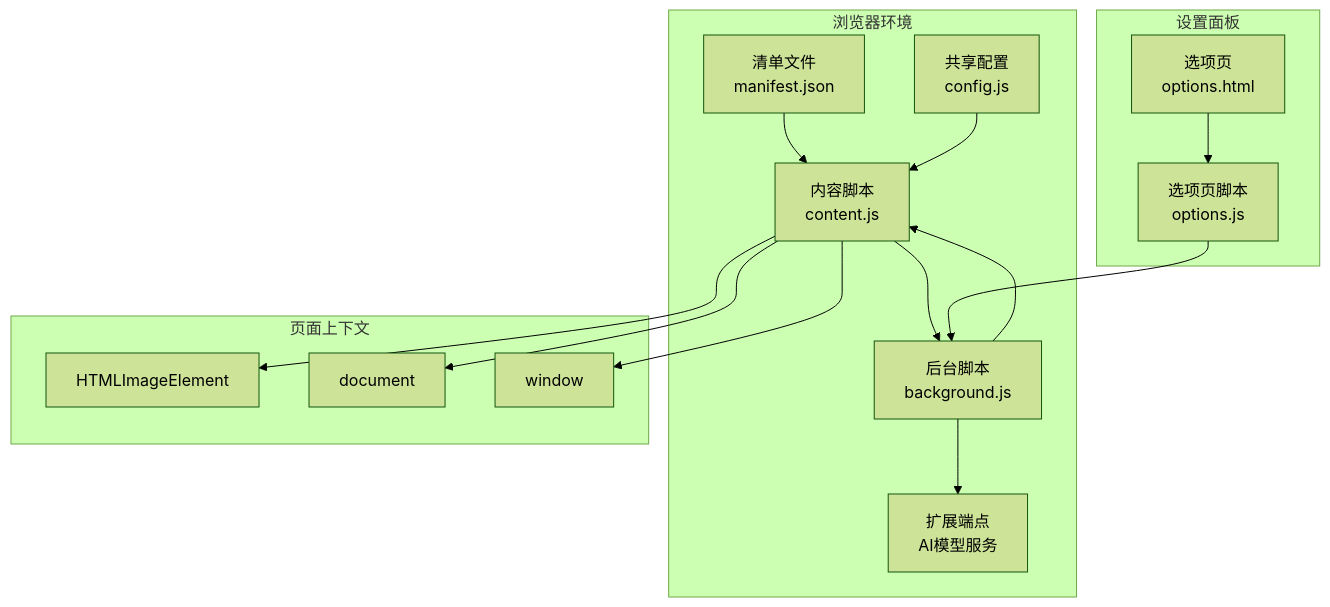
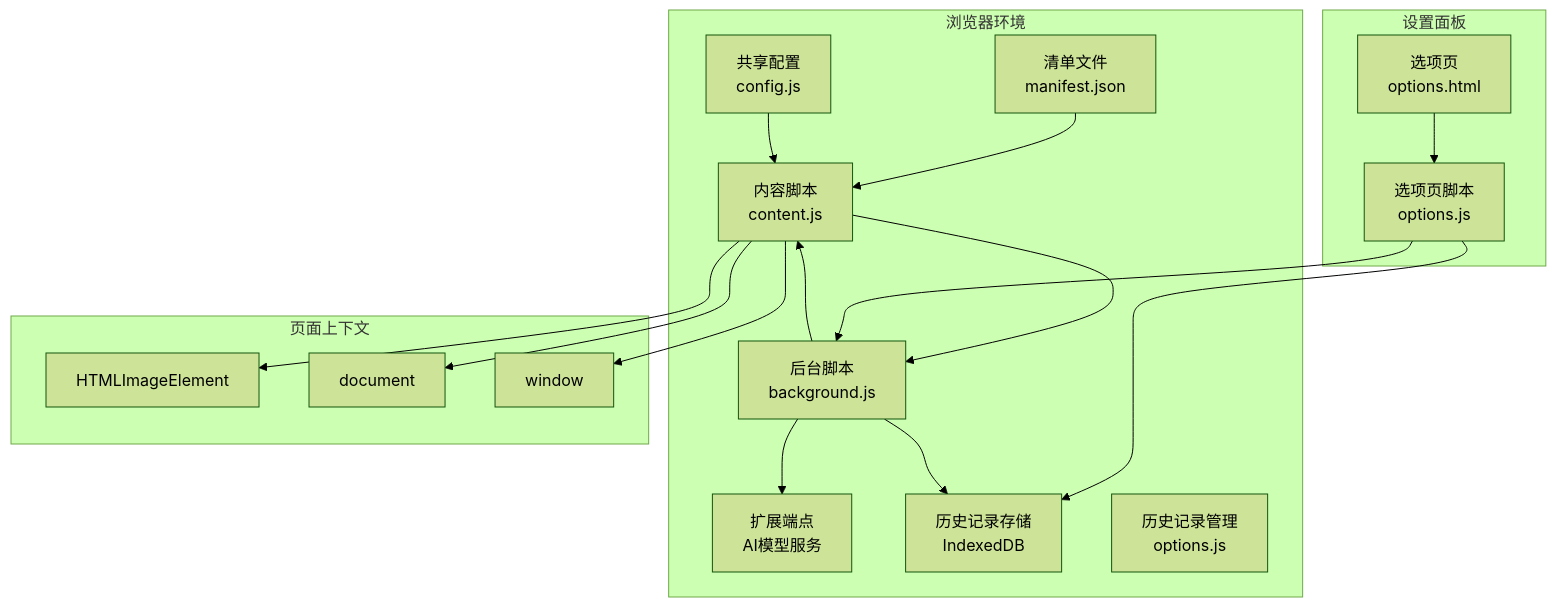
The first of 6 diagrams in .qoder/repowiki/zh/content/技术架构/核心模块分析/内容脚本模块 (content.js).md (binasi/Img2Prompt), drawn with Mermaid (forest theme) before and after one commit. The commit also changed other lines of this file and 11 other files, not shown here.

````diff
--- a/.qoder/repowiki/zh/content/技术架构/核心模块分析/内容脚本模块 (content.js).md
+++ b/.qoder/repowiki/zh/content/技术架构/核心模块分析/内容脚本模块 (content.js).md
@@ -47,29 +50,33 @@
 ```mermaid
 graph TB
 subgraph "浏览器环境"
 CS["内容脚本<br/>content.js"]
 BG["后台脚本<br/>background.js"]
 CFG["共享配置<br/>config.js"]
 MAN["清单文件<br/>manifest.json"]
 END["扩展端点<br/>AI模型服务"]
+HIST["历史记录存储<br/>IndexedDB"]
+END2["历史记录管理<br/>options.js"]
 end
 subgraph "页面上下文"
 IMG["HTMLImageElement"]
 DOC["document"]
 WIN["window"]
 end
 subgraph "设置面板"
 OPT_HTML["选项页<br/>options.html"]
 OPT_JS["选项页脚本<br/>options.js"]
 end
 MAN --> CS
 CFG --> CS
 CS --> BG
 CS --> DOC
 CS --> WIN
 CS --> IMG
 OPT_HTML --> OPT_JS
 OPT_JS --> BG
+OPT_JS --> HIST
 BG --> CS
 BG --> END
+BG --> HIST
 ```
````
